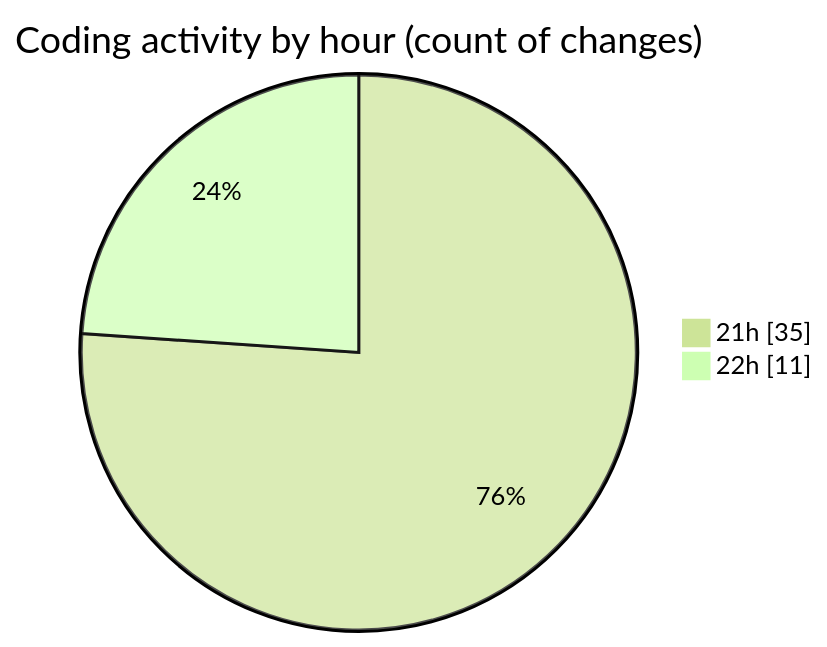
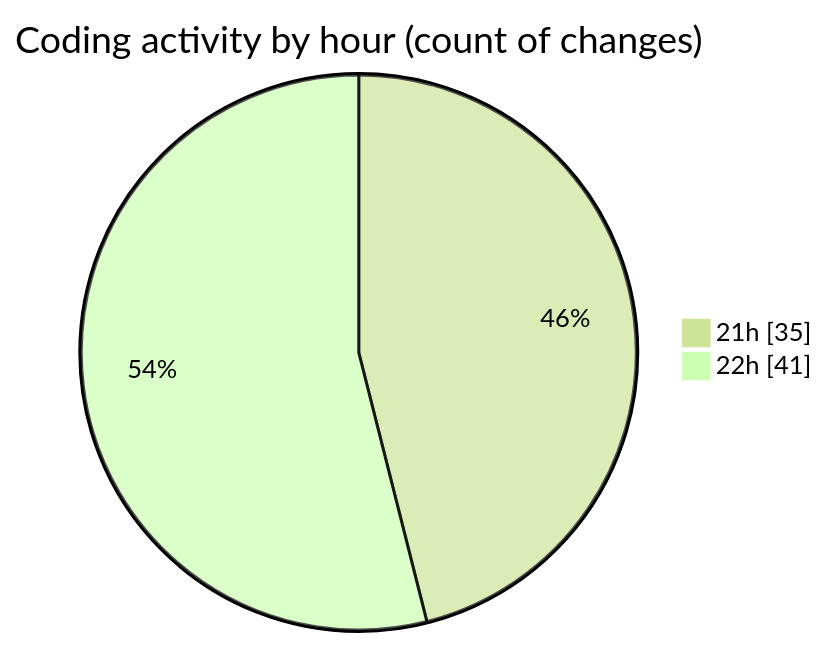
Before and after one commit to Ritupan-Deka/code-tracking: the second of 2 diagrams in 2025-01-19/typing_game/README.md, drawn with Mermaid (forest theme). The commit also changed other lines of this file and 1 other file, not shown here.

````diff
--- a/2025-01-19/typing_game/README.md
+++ b/2025-01-19/typing_game/README.md
@@ -32,6 +32,6 @@
 ```mermaid
 pie showData
 title Coding activity by hour (count of changes)
 "21h" : 35
-"22h" : 11
+"22h" : 41
 ```
````
